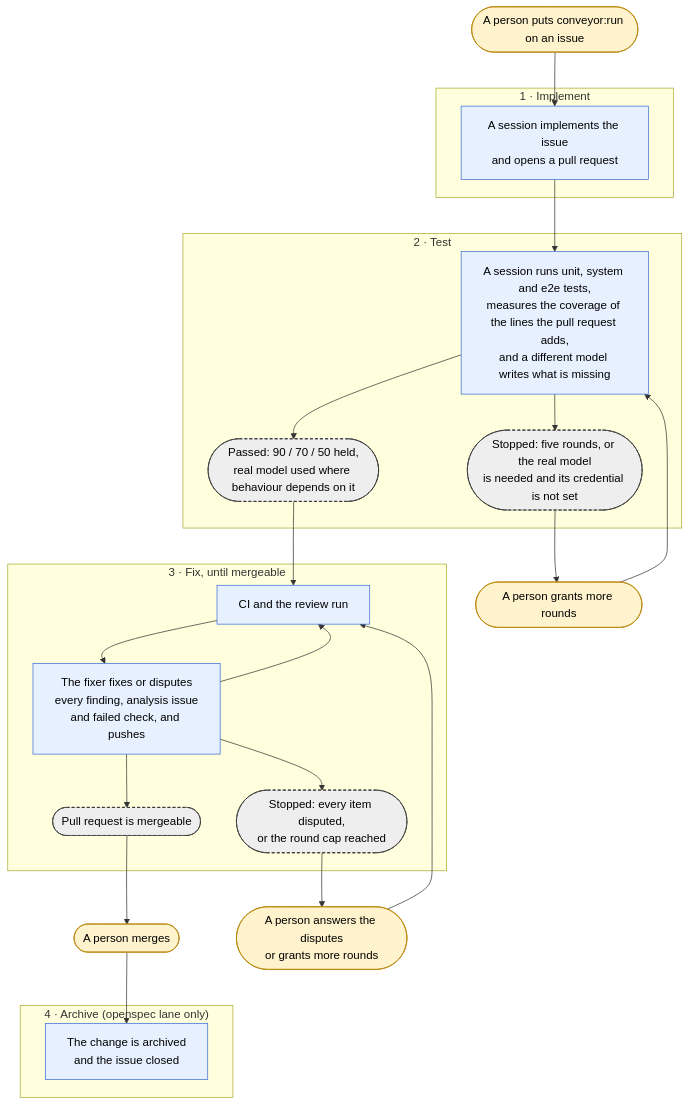
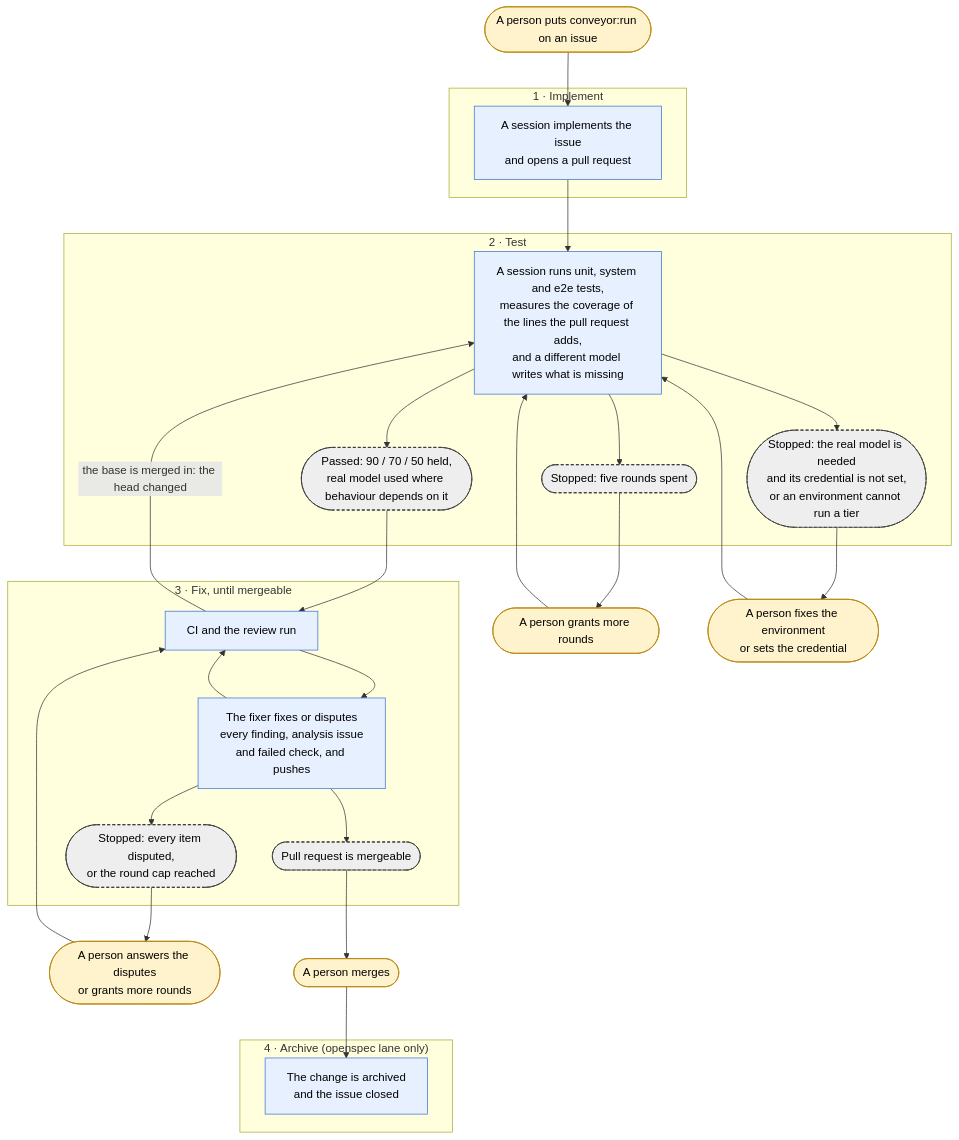
One commit to kostiantyn-matsebora/agent-ops-operator changed the diagram in docs/diagrams/conveyor-lifecycle.mmd. Above: the diagram before and after it, drawn with Mermaid. The commit also changed 36 other files, not shown here.

```diff
--- a/docs/diagrams/conveyor-lifecycle.mmd
+++ b/docs/diagrams/conveyor-lifecycle.mmd
@@ -1,47 +1,52 @@
 %% The conveyor line as openspec/specs/conveyor-lifecycle designs it: one
 %% standing instruction on the issue, four stations, a person deciding only
 %% at the merge. Render with any mermaid viewer.
 flowchart TD
   classDef person fill:#fff3cd,stroke:#b8860b,color:#000
   classDef auto fill:#e7f0ff,stroke:#3b6fd6,color:#000
   classDef stop fill:#eeeeee,stroke:#333,color:#000,stroke-dasharray:4 3
 
   START(["A person puts conveyor:run on an issue"]):::person
 
   subgraph S1["1 · Implement"]
     IMPL["A session implements the issue<br/>and opens a pull request"]:::auto
   end
 
   subgraph ST["2 · Test"]
     TEST["A session runs unit, system and e2e tests,<br/>measures the coverage of the lines the pull request adds,<br/>and a different model writes what is missing"]:::auto
     TOK(["Passed: 90 / 70 / 50 held,<br/>real model used where behaviour depends on it"]):::stop
-    TCAP(["Stopped: five rounds, or the real model<br/>is needed and its credential is not set"]):::stop
+    TCAP(["Stopped: five rounds spent"]):::stop
+    TENV(["Stopped: the real model is needed<br/>and its credential is not set,<br/>or an environment cannot run a tier"]):::stop
     TEST --> TOK
     TEST --> TCAP
+    TEST --> TENV
   end
   TGRANT(["A person grants more rounds"]):::person
+  TFIX(["A person fixes the environment<br/>or sets the credential"]):::person
   TCAP --> TGRANT --> TEST
+  TENV --> TFIX --> TEST
 
   subgraph S2["3 · Fix, until mergeable"]
     CHECK["CI and the review run"]:::auto
     LOOP["The fixer fixes or disputes<br/>every finding, analysis issue<br/>and failed check, and pushes"]:::auto
     CHECK --> LOOP --> CHECK
     OK(["Pull request is mergeable"]):::stop
     HOLD(["Stopped: every item disputed,<br/>or the round cap reached"]):::stop
     LOOP --> OK
     LOOP --> HOLD
   end
 
   ANSWER(["A person answers the disputes<br/>or grants more rounds"]):::person
   HOLD --> ANSWER --> CHECK
+  CHECK -->|the base is merged in: the head changed| TEST
 
   MERGE(["A person merges"]):::person
   OK --> MERGE
 
   subgraph S3["4 · Archive (openspec lane only)"]
     ARCH["The change is archived<br/>and the issue closed"]:::auto
   end
 
   START --> IMPL --> TEST
   TOK --> CHECK
   MERGE --> ARCH
```
